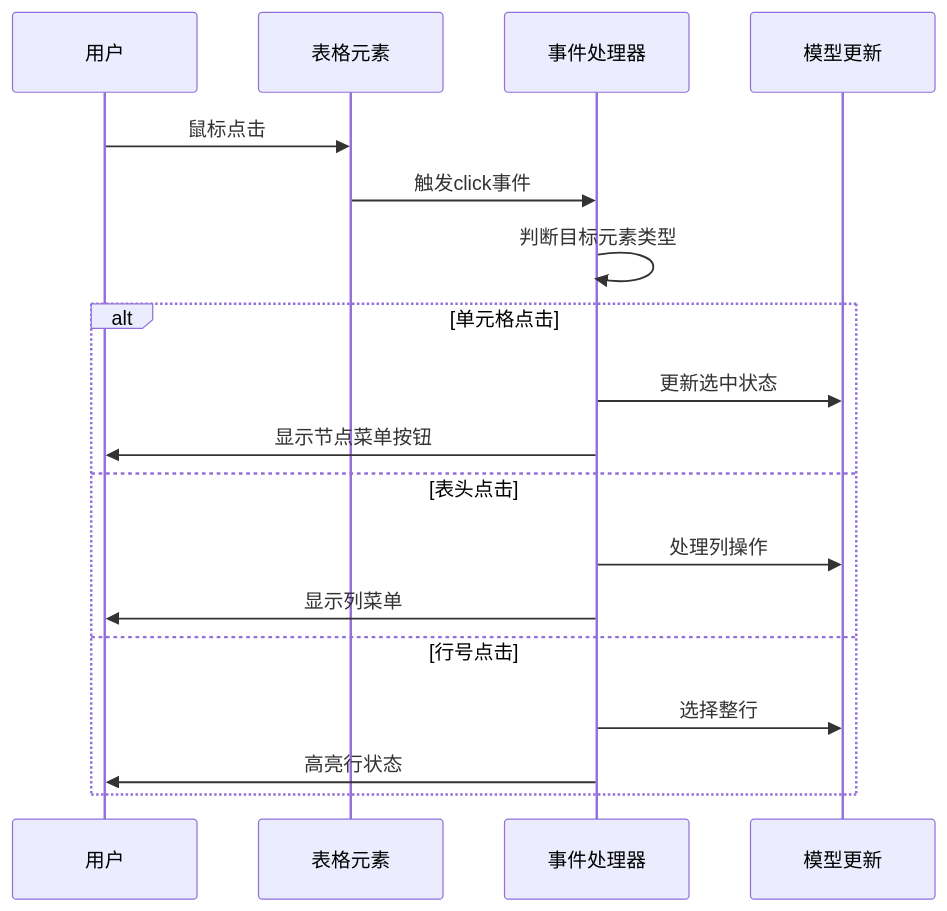
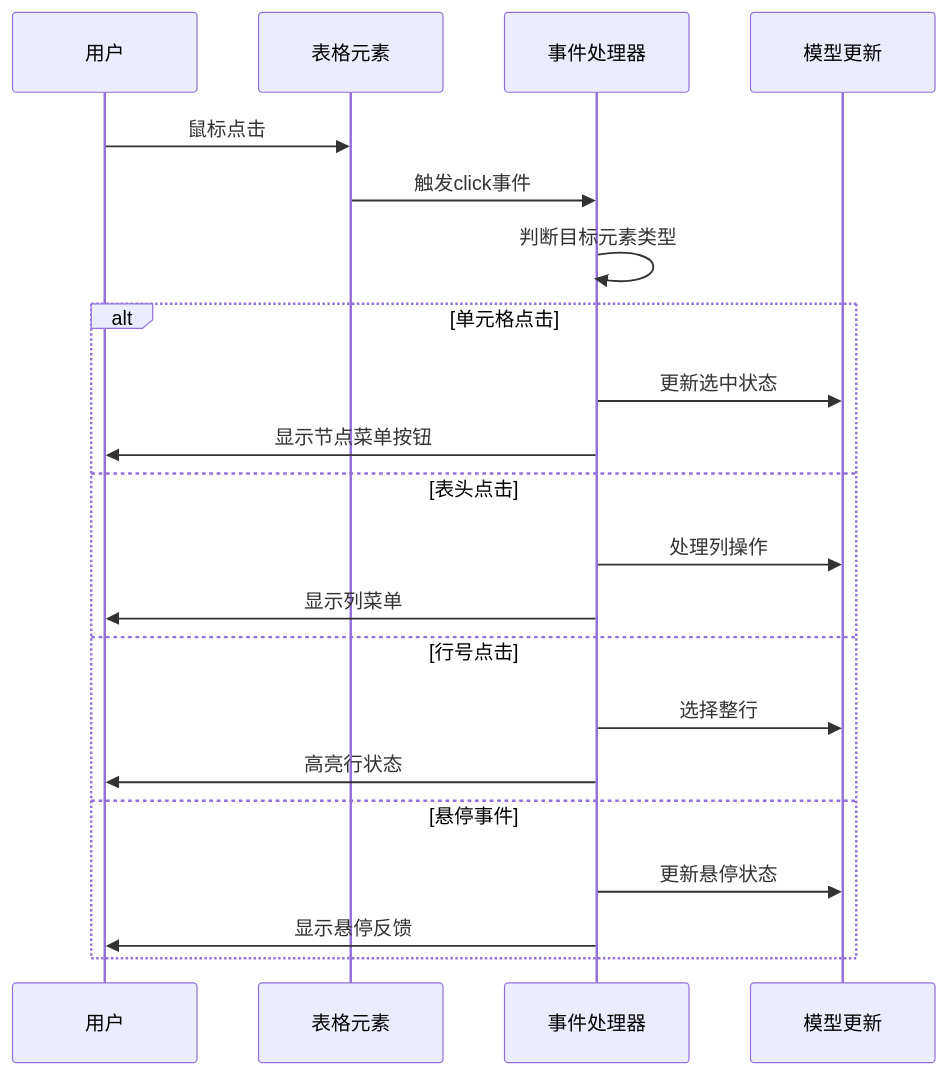
One commit to meiok1/wysjson changed the fourth of 5 diagrams in .qoder/repowiki/zh/content/Webview 界面系统/用户交互系统.md. Above: the diagram before and after it, drawn with Mermaid. The commit also changed other lines of this file and 390 other files, not shown here.

````diff
--- a/.qoder/repowiki/zh/content/Webview 界面系统/用户交互系统.md
+++ b/.qoder/repowiki/zh/content/Webview 界面系统/用户交互系统.md
@@ -230,20 +273,23 @@
 ```mermaid
 sequenceDiagram
 participant U as 用户
 participant T as 表格元素
 participant H as 事件处理器
 participant M as 模型更新
 U->>T : 鼠标点击
 T->>H : 触发click事件
 H->>H : 判断目标元素类型
 alt 单元格点击
 H->>M : 更新选中状态
 H->>U : 显示节点菜单按钮
 else 表头点击
 H->>M : 处理列操作
 H->>U : 显示列菜单
 else 行号点击
 H->>M : 选择整行
 H->>U : 高亮行状态
+else 悬停事件
+H->>M : 更新悬停状态
+H->>U : 显示悬停反馈
 end
 ```
````
